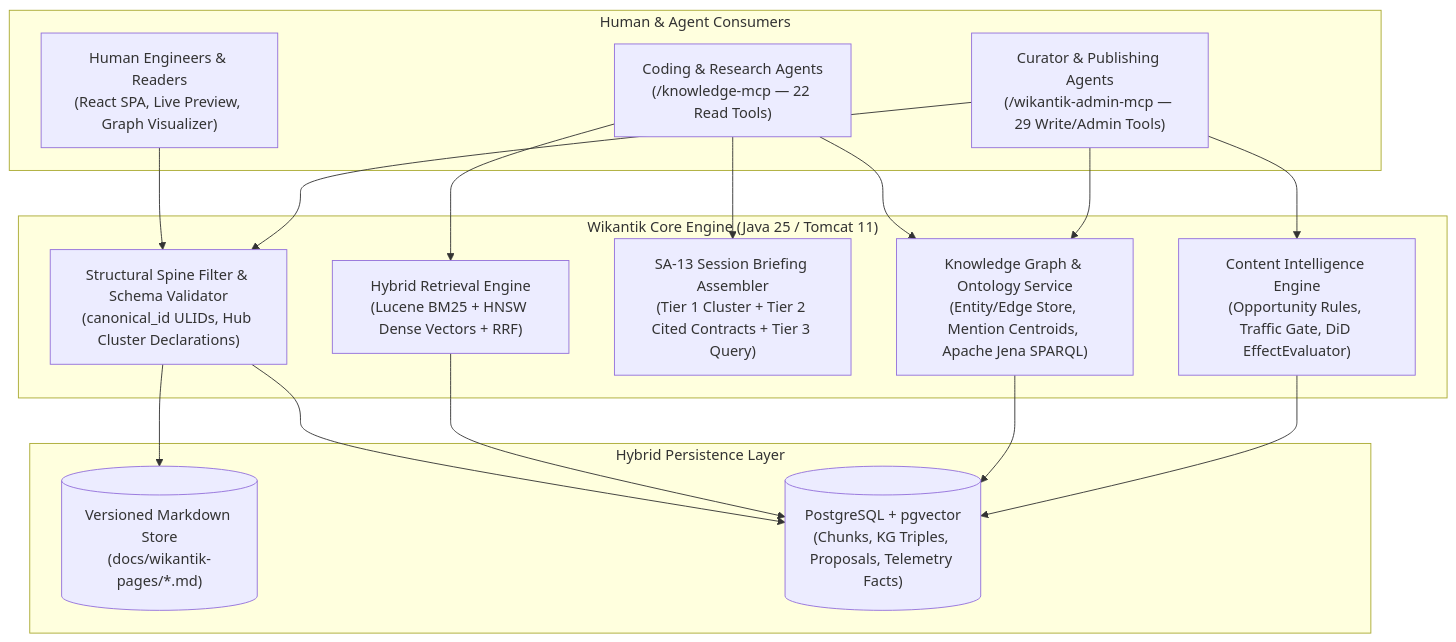
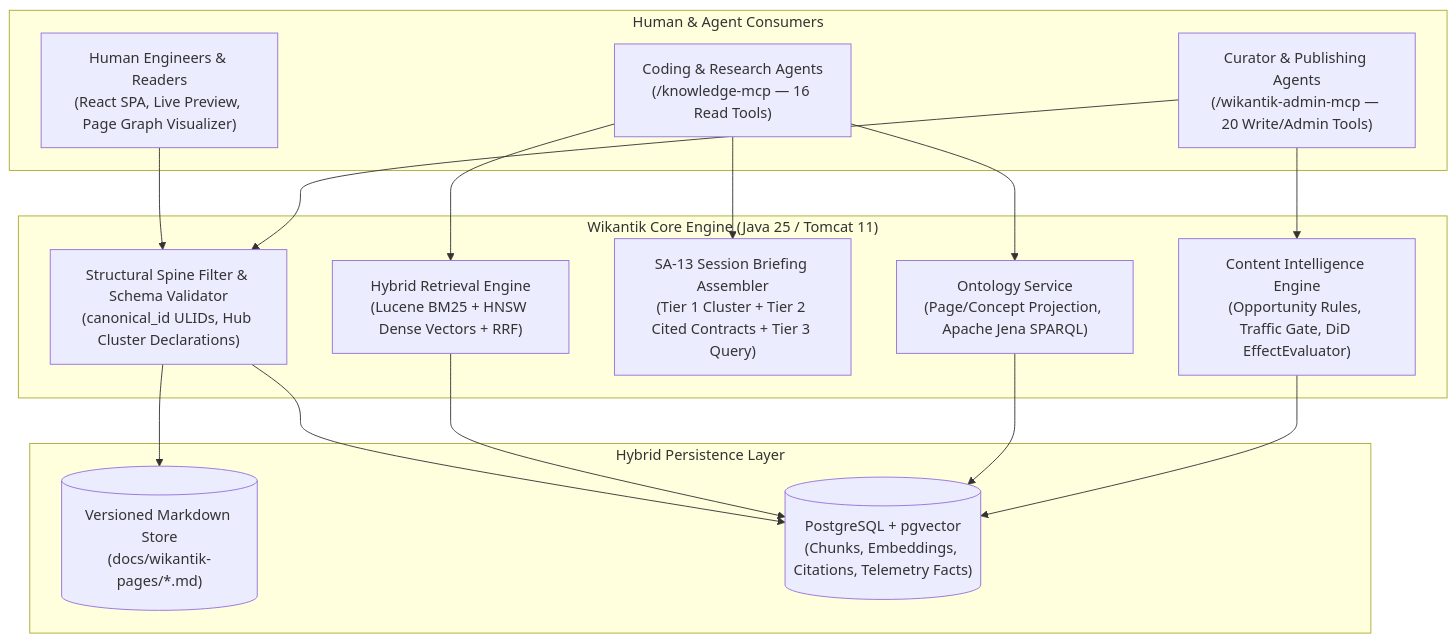
Before and after one commit to jakefearsd/wikantik: the first of 4 diagrams in docs/wikantik-pages/About.md, drawn with Mermaid. The commit also changed other lines of this file and 9 other files, not shown here.

````diff
--- a/docs/wikantik-pages/About.md
+++ b/docs/wikantik-pages/About.md
@@ -70,34 +69,33 @@
 ```mermaid
 flowchart TB
     subgraph Clients["Human & Agent Consumers"]
-        Human["Human Engineers & Readers<br/>(React SPA, Live Preview, Graph Visualizer)"]
-        ReadAgent["Coding & Research Agents<br/>(/knowledge-mcp — 22 Read Tools)"]
-        AdminAgent["Curator & Publishing Agents<br/>(/wikantik-admin-mcp — 29 Write/Admin Tools)"]
+        Human["Human Engineers & Readers<br/>(React SPA, Live Preview, Page Graph Visualizer)"]
+        ReadAgent["Coding & Research Agents<br/>(/knowledge-mcp — 16 Read Tools)"]
+        AdminAgent["Curator & Publishing Agents<br/>(/wikantik-admin-mcp — 20 Write/Admin Tools)"]
     end
 
     subgraph Core["Wikantik Core Engine (Java 25 / Tomcat 11)"]
         Spine["Structural Spine Filter & Schema Validator<br/>(canonical_id ULIDs, Hub Cluster Declarations)"]
         Hybrid["Hybrid Retrieval Engine<br/>(Lucene BM25 + HNSW Dense Vectors + RRF)"]
         Briefing["SA-13 Session Briefing Assembler<br/>(Tier 1 Cluster + Tier 2 Cited Contracts + Tier 3 Query)"]
-        KG["Knowledge Graph & Ontology Service<br/>(Entity/Edge Store, Mention Centroids, Apache Jena SPARQL)"]
+        Onto["Ontology Service<br/>(Page/Concept Projection, Apache Jena SPARQL)"]
         Insights["Content Intelligence Engine<br/>(Opportunity Rules, Traffic Gate, DiD EffectEvaluator)"]
     end
 
     subgraph Storage["Hybrid Persistence Layer"]
         FS[("Versioned Markdown Store<br/>(docs/wikantik-pages/*.md)")]
-        PG[("PostgreSQL + pgvector<br/>(Chunks, KG Triples, Proposals, Telemetry Facts)")]
+        PG[("PostgreSQL + pgvector<br/>(Chunks, Embeddings, Citations, Telemetry Facts)")]
     end
 
     Human --> Spine
     AdminAgent --> Spine
     ReadAgent --> Hybrid
     ReadAgent --> Briefing
-    ReadAgent --> KG
-    AdminAgent --> KG
+    ReadAgent --> Onto
     AdminAgent --> Insights
     Spine --> FS
     Spine --> PG
     Hybrid --> PG
-    KG --> PG
+    Onto --> PG
     Insights --> PG
 ```
````
